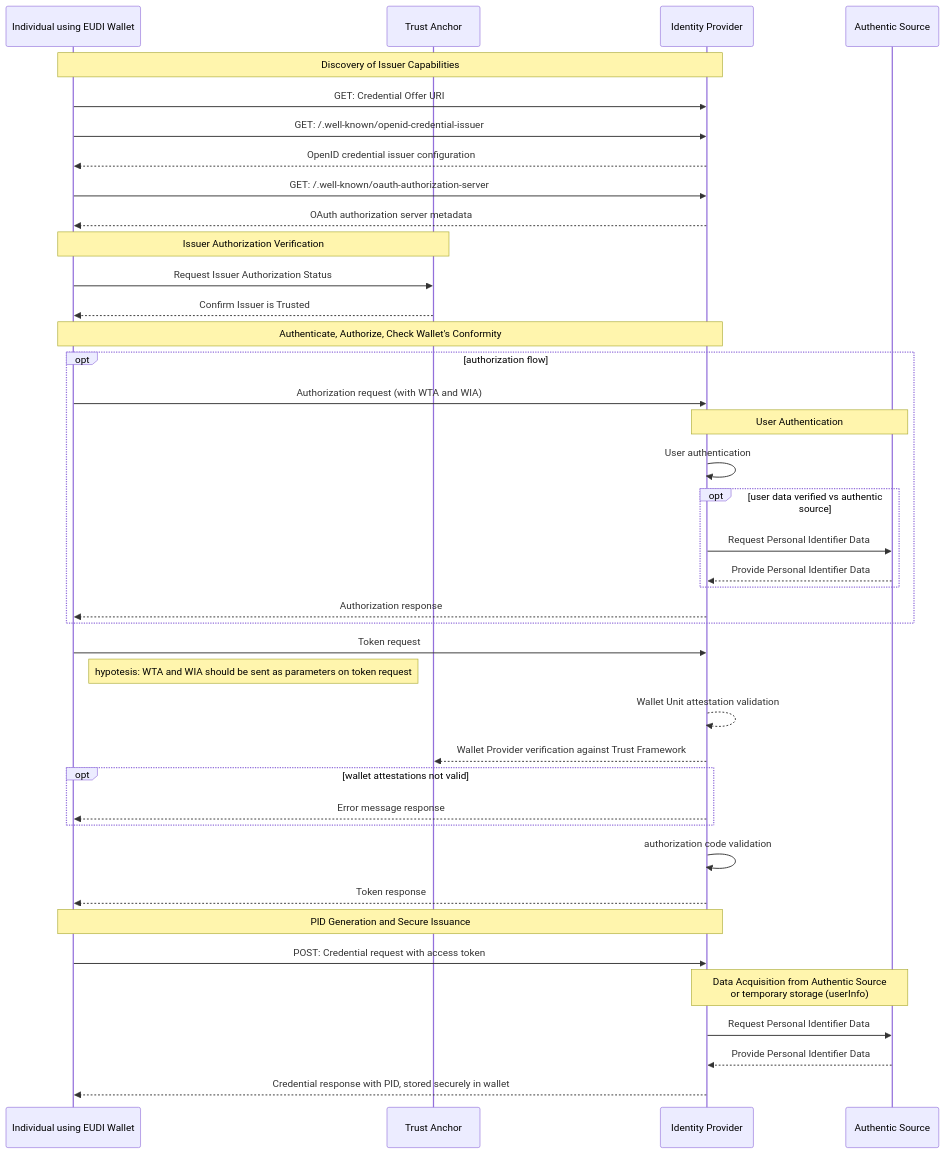
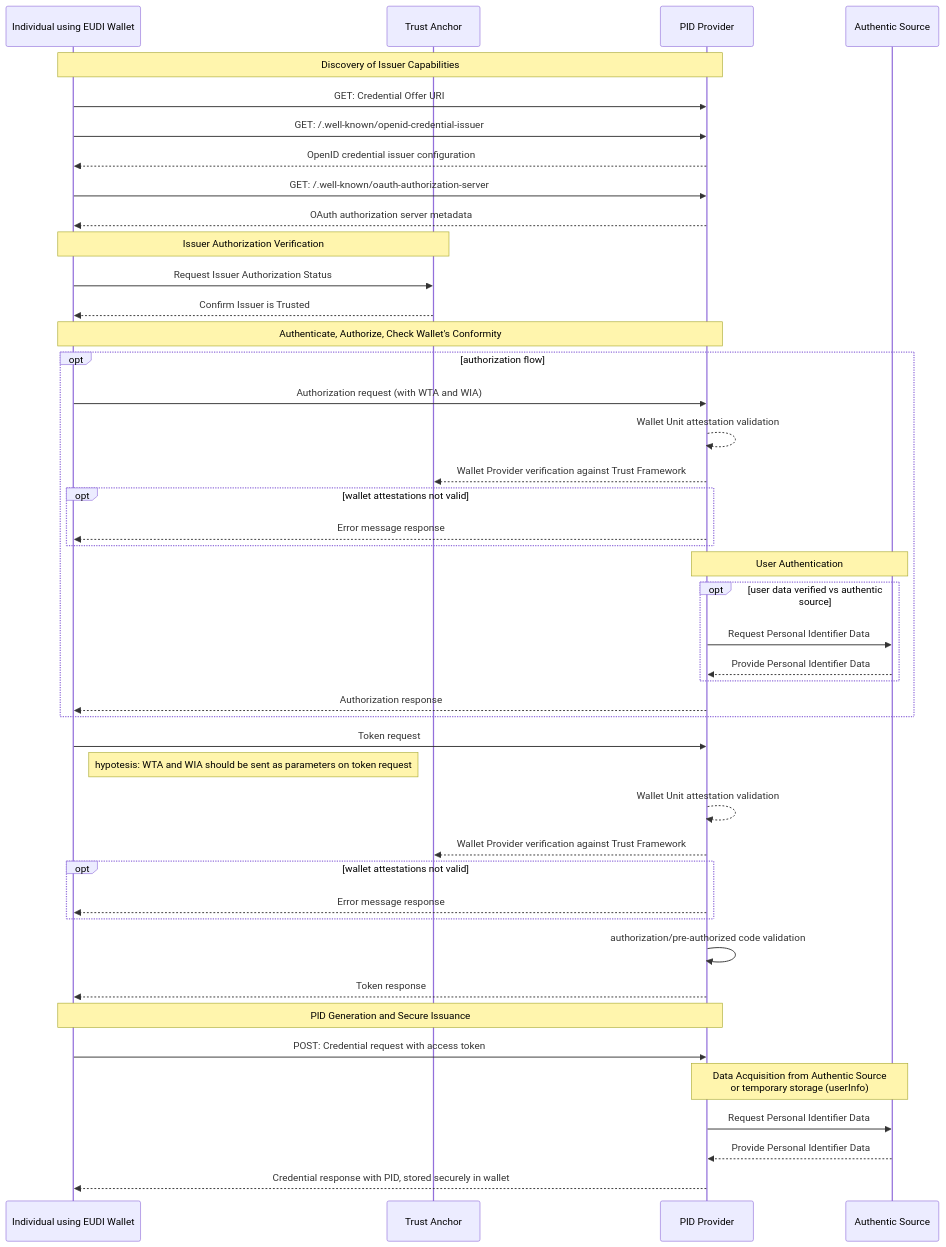
One commit to EWC-consortium/eudi-wallet-rfcs changed the diagram in ewc-rfc003-issue-person-identification-data.md. Above: the diagram before and after it, drawn with Mermaid. The commit also changed other lines of this file, not shown here.

````diff
--- a/ewc-rfc003-issue-person-identification-data.md
+++ b/ewc-rfc003-issue-person-identification-data.md
@@ -68,51 +70,55 @@
 ```mermaid
   sequenceDiagram
     participant I as Individual using EUDI Wallet
     participant TA as Trust Anchor
-    participant O as Identity Provider
+    participant O as PID Provider
     participant AS as Authentic Source
         
     Note over I,O: Discovery of Issuer Capabilities 
-      
     I->>O: GET: Credential Offer URI
     I->> O: GET: /.well-known/openid-credential-issuer
     O-->> I: OpenID credential issuer configuration
     I->> O: GET: /.well-known/oauth-authorization-server
     O-->>I: OAuth authorization server metadata
         
     Note over I,TA: Issuer Authorization Verification
     I->>TA: Request Issuer Authorization Status
     TA-->>I: Confirm Issuer is Trusted
     
     Note over I,O: Authenticate, Authorize, Check Wallet's Conformity
     opt authorization flow
     I->>O: Authorization request (with WTA and WIA)
+    O-->>O: Wallet Unit attestation validation
+    O-->>TA: Wallet Provider verification against Trust Framework
+      opt wallet attestations not valid
+          O-->>I: Error message response
+      end
+    
     Note over O,AS: User Authentication
-      O->>O: User authentication
         opt user data verified vs authentic source
           O->>AS: Request Personal Identifier Data
           AS-->>O: Provide Personal Identifier Data
       end
       O-->>I: Authorization response 
     end
     
     I->> O: Token request
     Note right of I: hypotesis: WTA and WIA should be sent as parameters on token request
     O-->>O: Wallet Unit attestation validation
     O-->>TA: Wallet Provider verification against Trust Framework
       opt wallet attestations not valid
           O-->>I: Error message response
       end
     
-    O->>O: authorization code validation
+    O->>O: authorization/pre-authorized code validation
     O-->>I: Token response
         
     Note over I,O: PID Generation and Secure Issuance
     I->>O: POST: Credential request with access token
     Note over O,AS: Data Acquisition from Authentic Source <BR> or temporary storage (userInfo)
     O->>AS: Request Personal Identifier Data
     AS-->>O: Provide Personal Identifier Data
     
     O-->>I: Credential response with PID, stored securely in wallet
 
 ```
````
